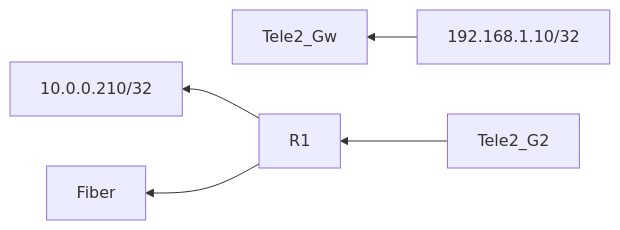
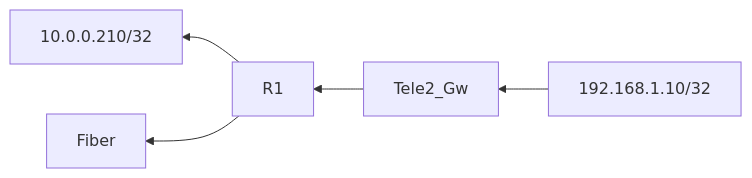
One commit to notkasim/DOCS changed the third of 3 diagrams in Topology.md. Above: the diagram before and after it, drawn with Mermaid.

````diff
--- a/Topology.md
+++ b/Topology.md
@@ -17,7 +17,7 @@
 ```mermaid
 graph RL;
     192.168.1.10/32-->Tele2_Gw;
-    Tele2_G2-->R1;
+    Tele2_Gw-->R1;
     R1-->10.0.0.210/32;
     R1-->Fiber;
 ```
````
